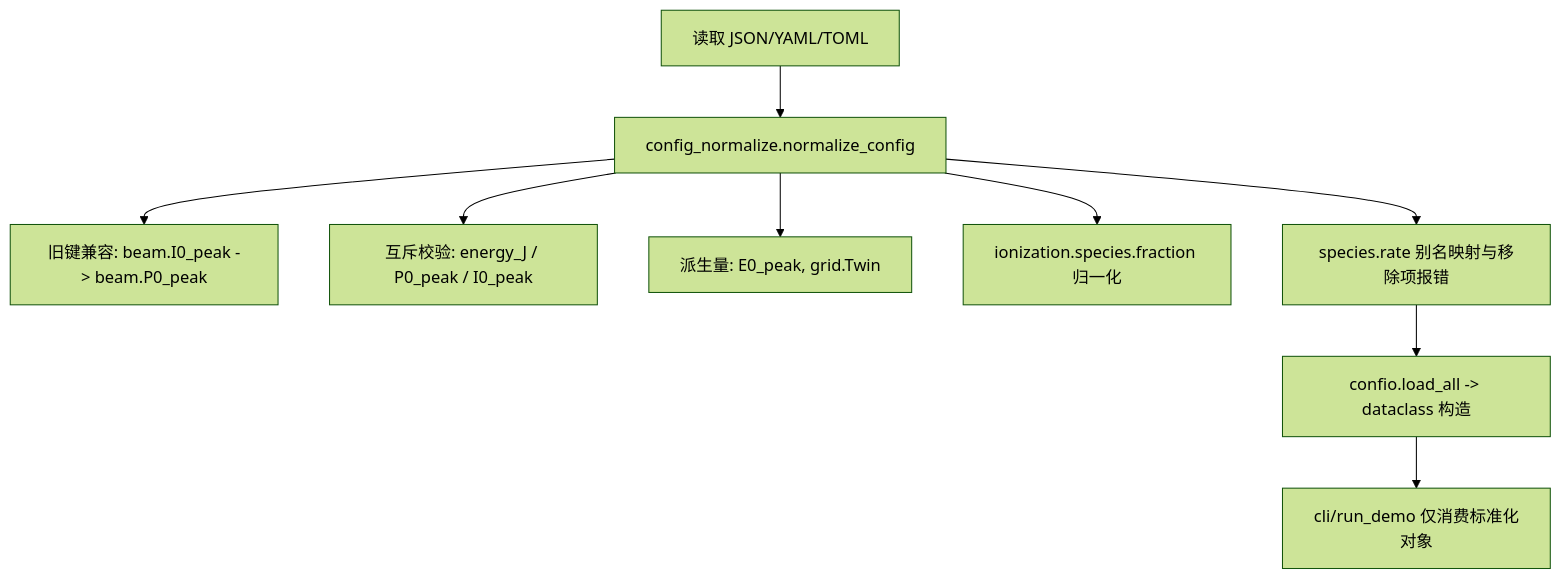
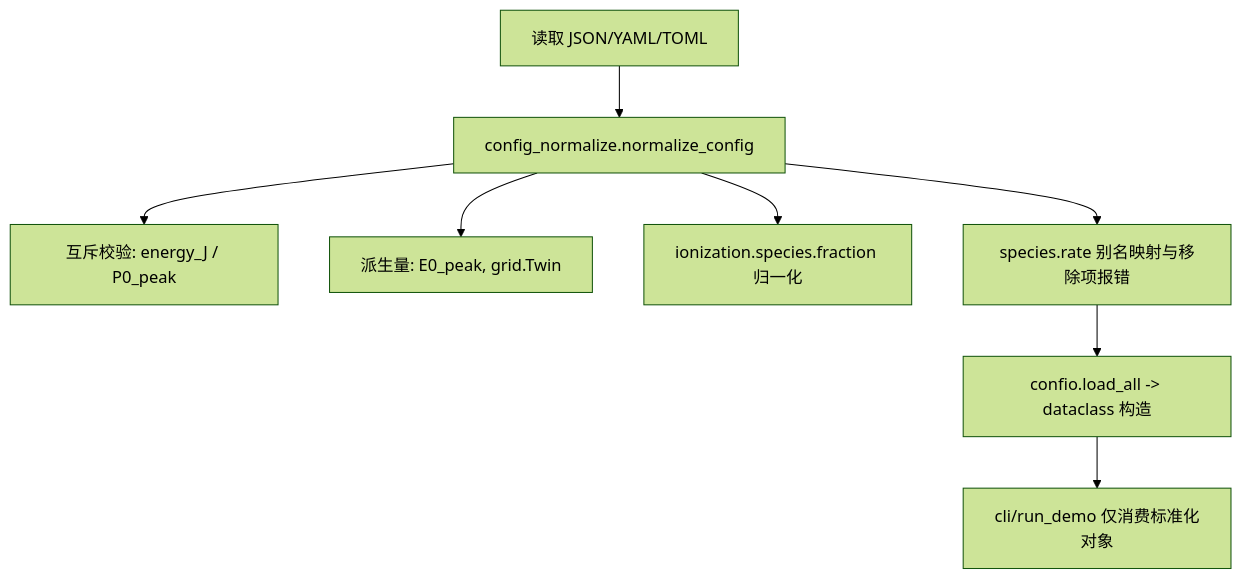
The diagram in Filament_python/README.md (wjwjm/Filament_1), drawn with Mermaid (forest theme) before and after one commit. The commit also changed 4 other files, not shown here.

Commit message:
remove beam.I0_peak input and docs

````diff
--- a/Filament_python/README.md
+++ b/Filament_python/README.md
@@ -95,11 +95,10 @@
 ```mermaid
 flowchart TD
     A[读取 JSON/YAML/TOML] --> B[config_normalize.normalize_config]
-    B --> B1[旧键兼容: beam.I0_peak -> beam.P0_peak]
-    B --> B2[互斥校验: energy_J / P0_peak / I0_peak]
+    B --> B1[互斥校验: energy_J / P0_peak]
     B --> B3[派生量: E0_peak, grid.Twin]
     B --> B4[ionization.species.fraction 归一化]
     B --> B5[species.rate 别名映射与移除项报错]
     B5 --> C[confio.load_all -> dataclass 构造]
     C --> D[cli/run_demo 仅消费标准化对象]
 ```
````
